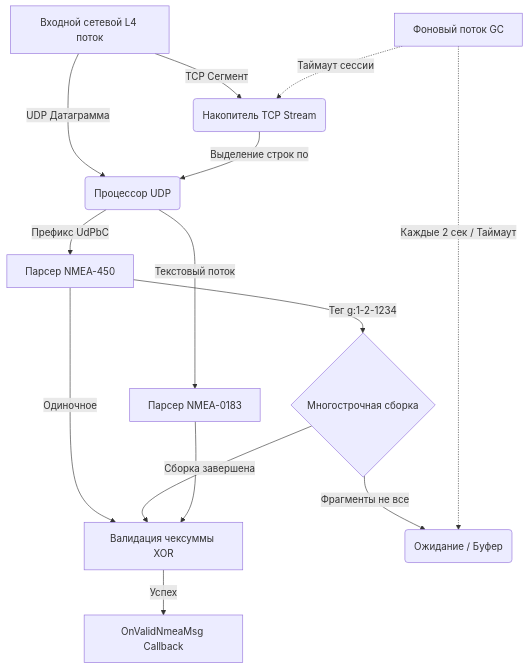
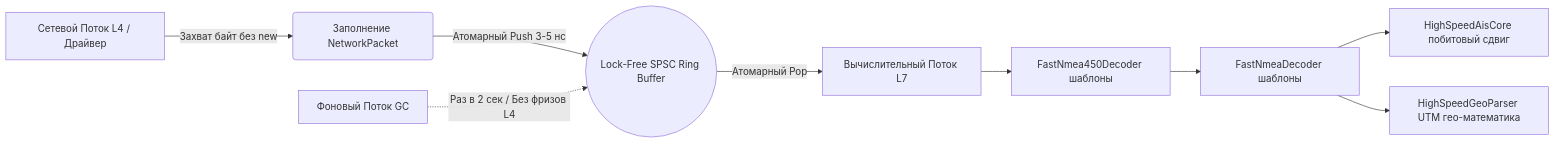
The diagram in README.md (Magister3k/NMEA), drawn with Mermaid before and after one commit. The commit also changed other lines of this file and 28 other files, not shown here.

First line of the commit message:
feat(nmea): реализовать неблокирующий конвейер и декодеры AIS/NMEA-450

````diff
--- a/README.md
+++ b/README.md
@@ -36,22 +23,13 @@
 ```mermaid
-graph TD
-    A[Входной сетевой L4 поток] -->|UDP Датаграмма| B(Процессор UDP)
-    A -->|TCP Сегмент| C(Накопитель TCP Stream)
+graph LR
+    A[Сетевой Поток L4 / Драйвер] -->|Захват байт без new| B(Заполнение NetworkPacket)
+    B -->|Атомарный Push 3-5 нс| C((Lock-Free SPSC Ring Buffer))
     
-    C -->|Выделение строк по \n| B
+    C -->|Атомарный Pop| D[Вычислительный Поток L7]
+    D --> E[FastNmea450Decoder шаблоны]
+    E --> F[FastNmeaDecoder шаблоны]
+    F --> G[HighSpeedAisCore побитовый сдвиг]
+    F --> H[HighSpeedGeoParser UTM гео-математика]
     
-    B -->|Префикс UdPbC| D[Парсер NMEA-450]
-    B -->|Текстовый поток| E[Парсер NMEA-0183]
-    
-    D -->|Тег g:1-2-1234| F{Многострочная сборка}
-    D -->|Одиночное| G[Валидация чексуммы XOR]
-    
-    F -->|Фрагменты не все| H(Ожидание / Буфер)
-    F -->|Сборка завершена| G
-    E --> G
-    
-    G -->|Успех| I[OnValidNmeaMsg Callback]
-    
-    J[Фоновый поток GC] -.->|Каждые 2 сек / Таймаут| H
-    J -.->|Таймаут сессии| C
+    I[Фоновый Поток GC] -.->|Раз в 2 сек / Без фризов L4| C
 ```
````
